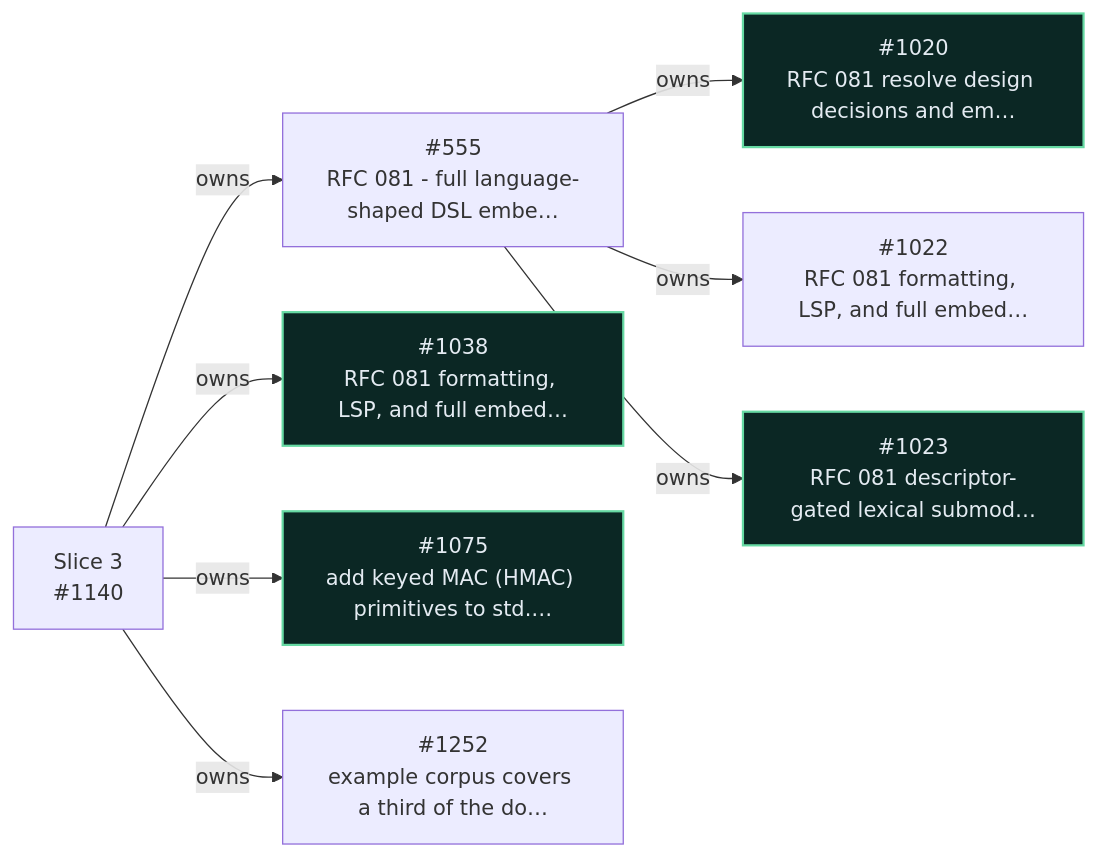
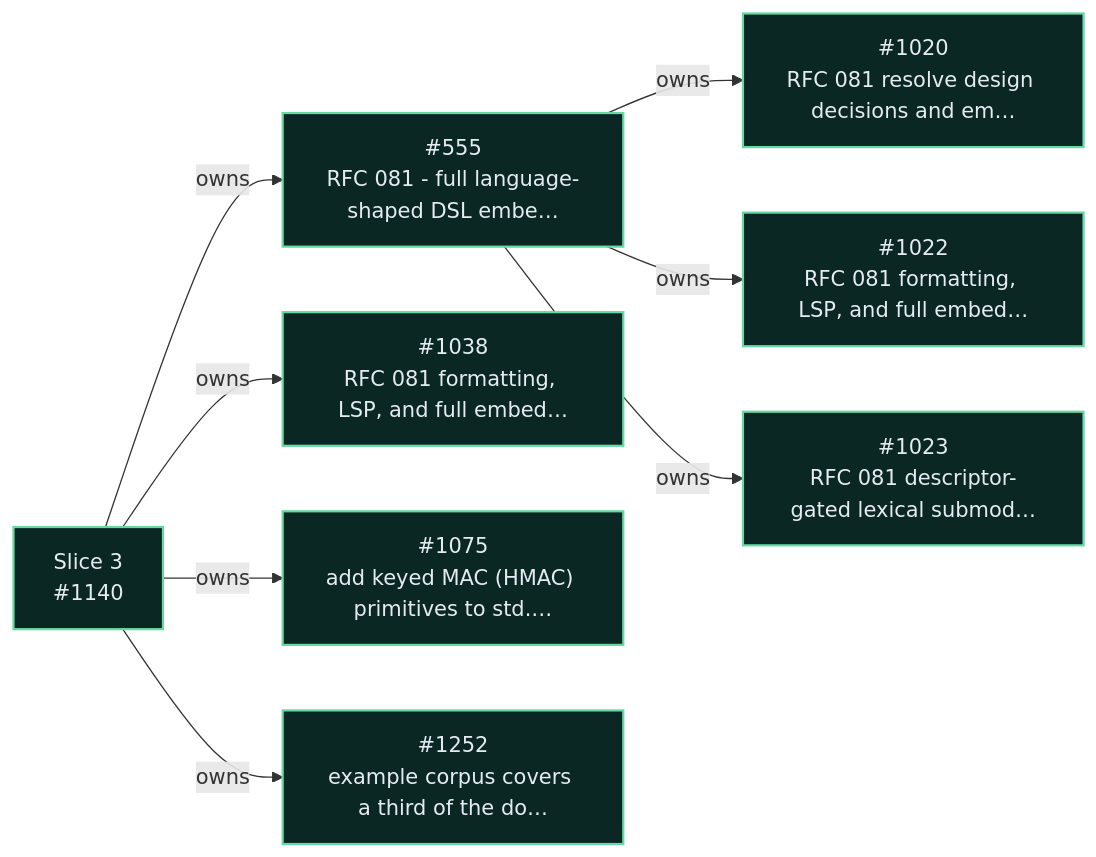
One commit to encero-systems/incan changed the third of 10 diagrams in workspaces/docs-site/docs/_snippets/project/v0_6_roadmap.md. Above: the diagram before and after it, drawn with Mermaid. The commit also changed other lines of this file and 2 other files, not shown here.

First line of the commit message:
chore - render v0.6 Slice 10 on the roadmap and refresh the snapshot

````diff
--- a/workspaces/docs-site/docs/_snippets/project/v0_6_roadmap.md
+++ b/workspaces/docs-site/docs/_snippets/project/v0_6_roadmap.md
@@ -230,28 +235,28 @@
 ```mermaid
 flowchart LR
   i555["#555<br/>RFC 081 - full language-shaped DSL embe…"]
   i1020["#1020<br/>RFC 081 resolve design decisions and em…"]
   i1022["#1022<br/>RFC 081 formatting, LSP, and full embed…"]
   i1023["#1023<br/>RFC 081 descriptor-gated lexical submod…"]
   i1038["#1038<br/>RFC 081 formatting, LSP, and full embed…"]
   i1075["#1075<br/>add keyed MAC (HMAC) primitives to std.…"]
   s1140["Slice 3<br/>#1140"]
   i1252["#1252<br/>example corpus covers a third of the do…"]
   s1140 -- owns --> i555
   i555 -- owns --> i1020
   i555 -- owns --> i1022
   i555 -- owns --> i1023
   s1140 -- owns --> i1038
   s1140 -- owns --> i1075
   s1140 -- owns --> i1252
   classDef incv06complete fill:#0b2724,stroke:#66d9a3,color:#e4ebf2,stroke-width:1.7px
-  class i1020,i1023,i1038,i1075 incv06complete
+  class i555,i1020,i1022,i1023,i1038,i1075,s1140,i1252 incv06complete
   click i555 href "https://github.com/encero-systems/incan/issues/555" "Open #555 on GitHub"
   click i1020 href "https://github.com/encero-systems/incan/issues/1020" "Open #1020 on GitHub"
   click i1022 href "https://github.com/encero-systems/incan/issues/1022" "Open #1022 on GitHub"
   click i1023 href "https://github.com/encero-systems/incan/issues/1023" "Open #1023 on GitHub"
   click i1038 href "https://github.com/encero-systems/incan/issues/1038" "Open #1038 on GitHub"
   click i1075 href "https://github.com/encero-systems/incan/issues/1075" "Open #1075 on GitHub"
   click s1140 href "https://github.com/encero-systems/incan/issues/1140" "Open #1140 on GitHub"
   click i1252 href "https://github.com/encero-systems/incan/issues/1252" "Open #1252 on GitHub"
 ```
````
